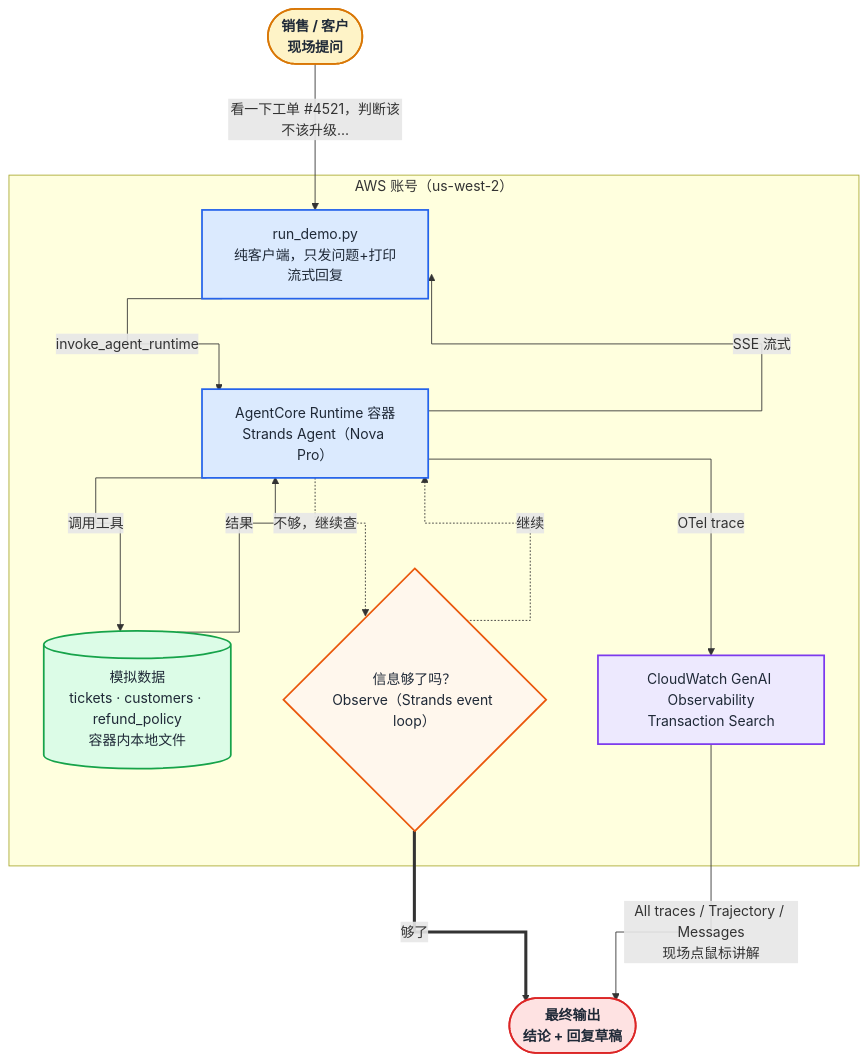
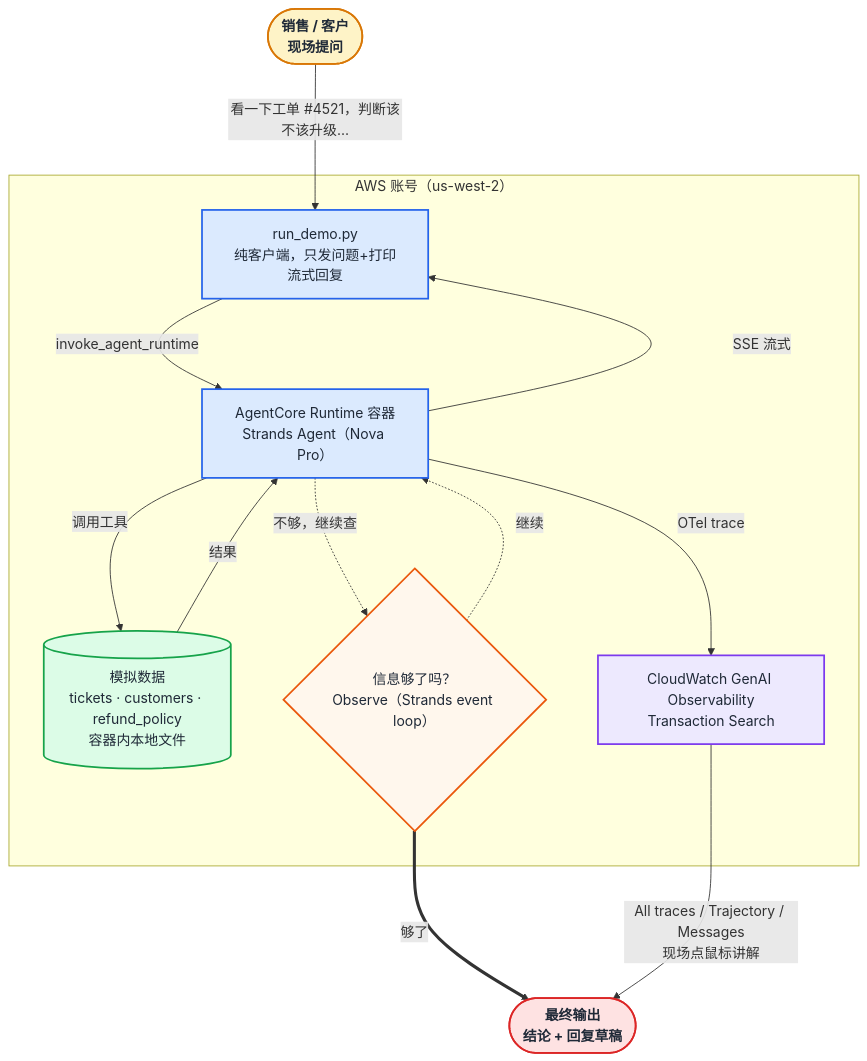
One commit to toreydai/agentic-loop-sales-demo changed the diagram in docs/architecture.md. Above: the diagram before and after it, drawn with Mermaid.

Commit message:
架构图连线改为曲线样式
Claude-Session: https://claude.ai/code/session_015FZzcX4b2gsHTxLzL7ndxT

````diff
--- a/docs/architecture.md
+++ b/docs/architecture.md
@@ -51,39 +51,39 @@
 ```mermaid
-%%{init: {'flowchart': {'curve': 'stepAfter', 'nodeSpacing': 60, 'rankSpacing': 80}}}%%
+%%{init: {'flowchart': {'curve': 'basis', 'nodeSpacing': 60, 'rankSpacing': 80}}}%%
 graph TD
     Sales(["销售 / 客户<br/>现场提问"])
     Sales -->|"看一下工单 #4521，判断该不该升级…"| Client
 
     subgraph AWS["AWS 账号（us-west-2）"]
         Client["run_demo.py<br/>纯客户端，只发问题+打印流式回复"]
         Runtime["AgentCore Runtime 容器<br/>Strands Agent（Nova Pro）"]
         Data[("模拟数据<br/>tickets · customers · refund_policy<br/>容器内本地文件")]
         Observe{"信息够了吗？<br/>Observe（Strands event loop）"}
         CW["CloudWatch GenAI Observability<br/>Transaction Search"]
 
         Client -->|invoke_agent_runtime| Runtime
         Runtime -->|调用工具| Data
         Data -->|结果| Runtime
         Runtime -.->|不够，继续查| Observe
         Observe -.->|继续| Runtime
         Runtime -->|OTel trace| CW
     end
 
     Observe ==>|够了| Result(["最终输出<br/>结论 + 回复草稿"])
     Runtime -->|SSE 流式| Client
     CW -->|"All traces / Trajectory / Messages<br/>现场点鼠标讲解"| Result
 
     classDef actor fill:#fef3c7,stroke:#d97706,stroke-width:2px,color:#1f2937,font-weight:bold;
     classDef compute fill:#dbeafe,stroke:#2563eb,stroke-width:2px,color:#1f2937;
     classDef datastore fill:#dcfce7,stroke:#16a34a,stroke-width:2px,color:#1f2937;
     classDef observability fill:#ede9fe,stroke:#7c3aed,stroke-width:2px,color:#1f2937;
     classDef result fill:#fee2e2,stroke:#dc2626,stroke-width:2px,color:#1f2937,font-weight:bold;
     classDef decision fill:#fff7ed,stroke:#ea580c,stroke-width:2px,color:#1f2937;
 
     class Sales actor;
     class Runtime,Client compute;
     class Data datastore;
     class CW observability;
     class Result result;
     class Observe decision;
 ```
````
